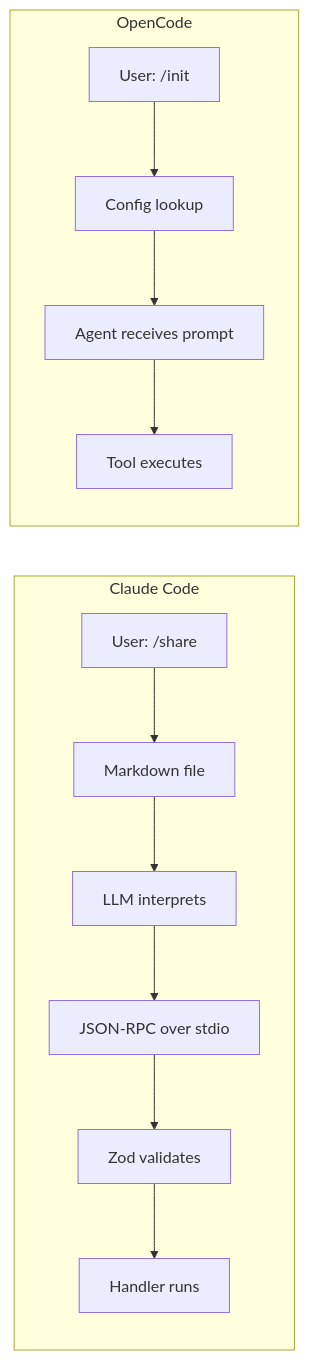
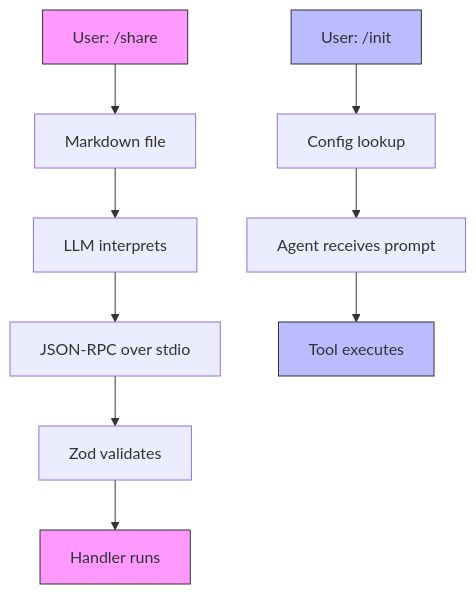
The third of 3 diagrams in content/post/building-mcp-plugin-claudebin.md (vtemian/blog.vtemian.com), drawn with Mermaid before and after one commit. The commit also changed other lines of this file, not shown here.

First line of the commit message:
Fix factual inaccuracies: path normalization, endpoint name, agent count

````diff
--- a/content/post/building-mcp-plugin-claudebin.md
+++ b/content/post/building-mcp-plugin-claudebin.md
@@ -126,16 +136,10 @@
 ```mermaid
-flowchart LR
-    subgraph Claude Code
-        U1[User: /share] --> MD[Markdown file]
-        MD --> LLM[LLM interprets]
-        LLM --> RPC[JSON-RPC over stdio]
-        RPC --> ZOD[Zod validates]
-        ZOD --> FN1[Handler runs]
-    end
+flowchart TD
+    U1["User: /share"] --> MD["Markdown file"] --> LLM["LLM interprets"] --> RPC["JSON-RPC over stdio"] --> ZOD["Zod validates"] --> FN1["Handler runs"]
+    U2["User: /init"] --> CFG["Config lookup"] --> AGT["Agent receives prompt"] --> FN2["Tool executes"]
 
-    subgraph OpenCode
-        U2[User: /init] --> CFG[Config lookup]
-        CFG --> AGT[Agent receives prompt]
-        AGT --> FN2[Tool executes]
-    end
+    style U1 fill:#f9f,stroke:#333
+    style U2 fill:#bbf,stroke:#333
+    style FN1 fill:#f9f,stroke:#333
+    style FN2 fill:#bbf,stroke:#333
 ```
````
